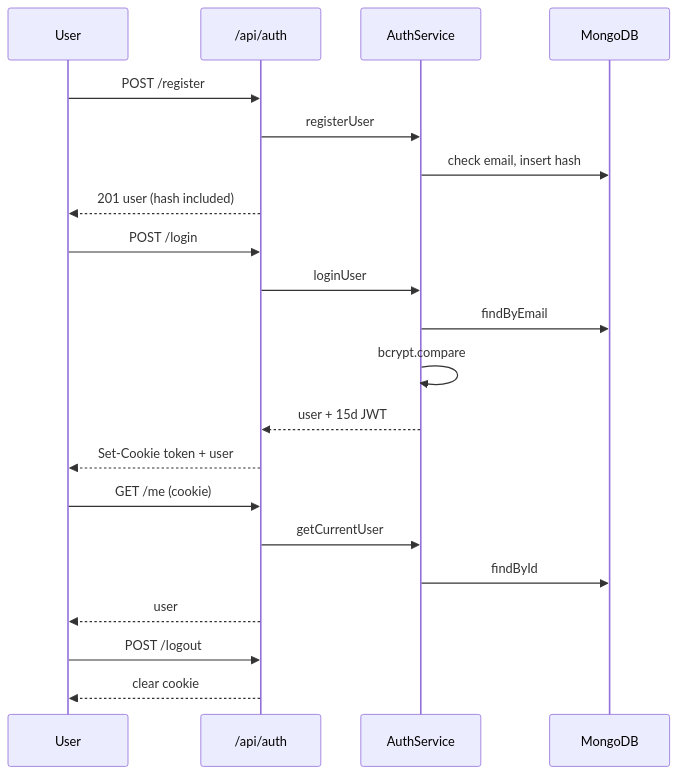
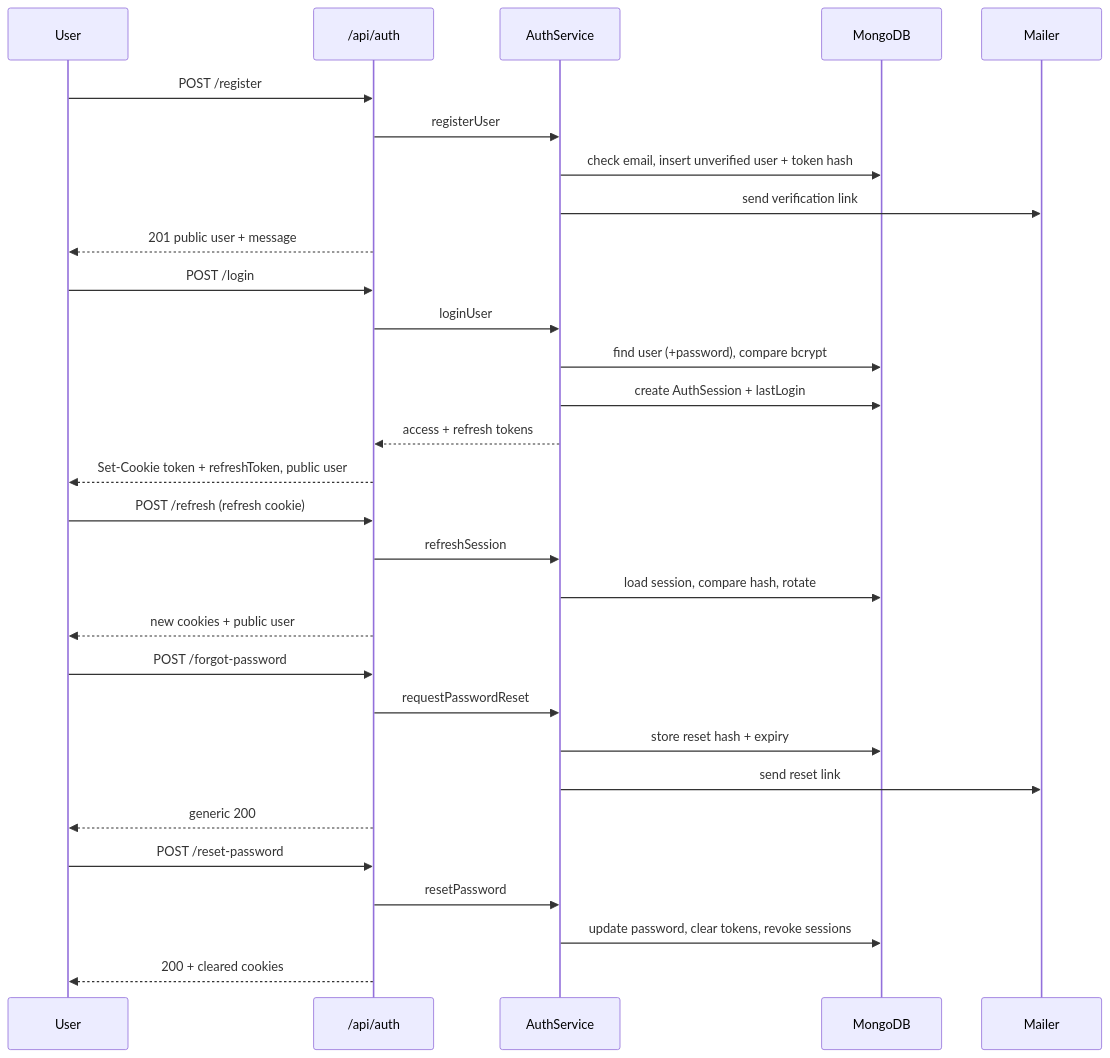
Before and after one commit to aabhushanCD/spims: the diagram in server/docs/modules/authentication.md, drawn with Mermaid. The commit also changed other lines of this file and 95 other files, not shown here.

Commit message:
feat(auth): email verification + reset

````diff
--- a/server/docs/modules/authentication.md
+++ b/server/docs/modules/authentication.md
@@ -107,27 +183,37 @@
 ```mermaid
 sequenceDiagram
   participant U as User
   participant API as /api/auth
   participant S as AuthService
   participant DB as MongoDB
+  participant M as Mailer
 
   U->>API: POST /register
   API->>S: registerUser
-  S->>DB: check email, insert hash
-  API-->>U: 201 user (hash included)
+  S->>DB: check email, insert unverified user + token hash
+  S->>M: send verification link
+  API-->>U: 201 public user + message
 
   U->>API: POST /login
   API->>S: loginUser
-  S->>DB: findByEmail
-  S->>S: bcrypt.compare
-  S-->>API: user + 15d JWT
-  API-->>U: Set-Cookie token + user
+  S->>DB: find user (+password), compare bcrypt
+  S->>DB: create AuthSession + lastLogin
+  S-->>API: access + refresh tokens
+  API-->>U: Set-Cookie token + refreshToken, public user
 
-  U->>API: GET /me (cookie)
-  API->>S: getCurrentUser
-  S->>DB: findById
-  API-->>U: user
+  U->>API: POST /refresh (refresh cookie)
+  API->>S: refreshSession
+  S->>DB: load session, compare hash, rotate
+  API-->>U: new cookies + public user
 
-  U->>API: POST /logout
-  API-->>U: clear cookie
+  U->>API: POST /forgot-password
+  API->>S: requestPasswordReset
+  S->>DB: store reset hash + expiry
+  S->>M: send reset link
+  API-->>U: generic 200
+
+  U->>API: POST /reset-password
+  API->>S: resetPassword
+  S->>DB: update password, clear tokens, revoke sessions
+  API-->>U: 200 + cleared cookies
 ```
````
